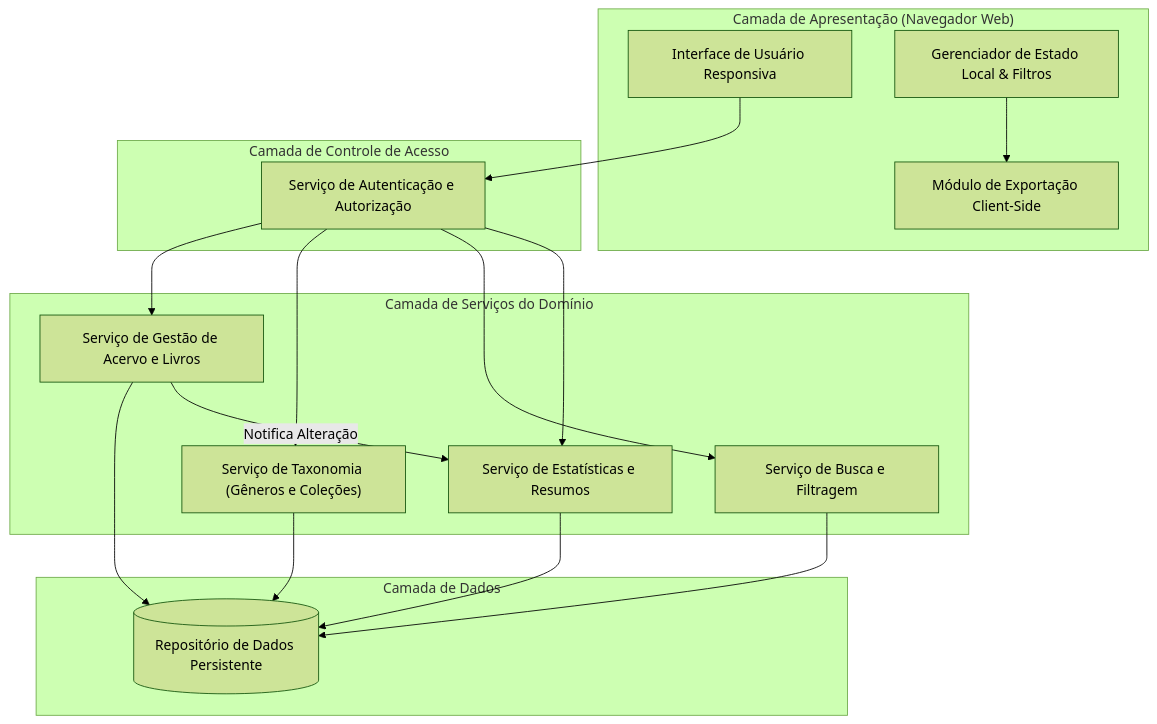
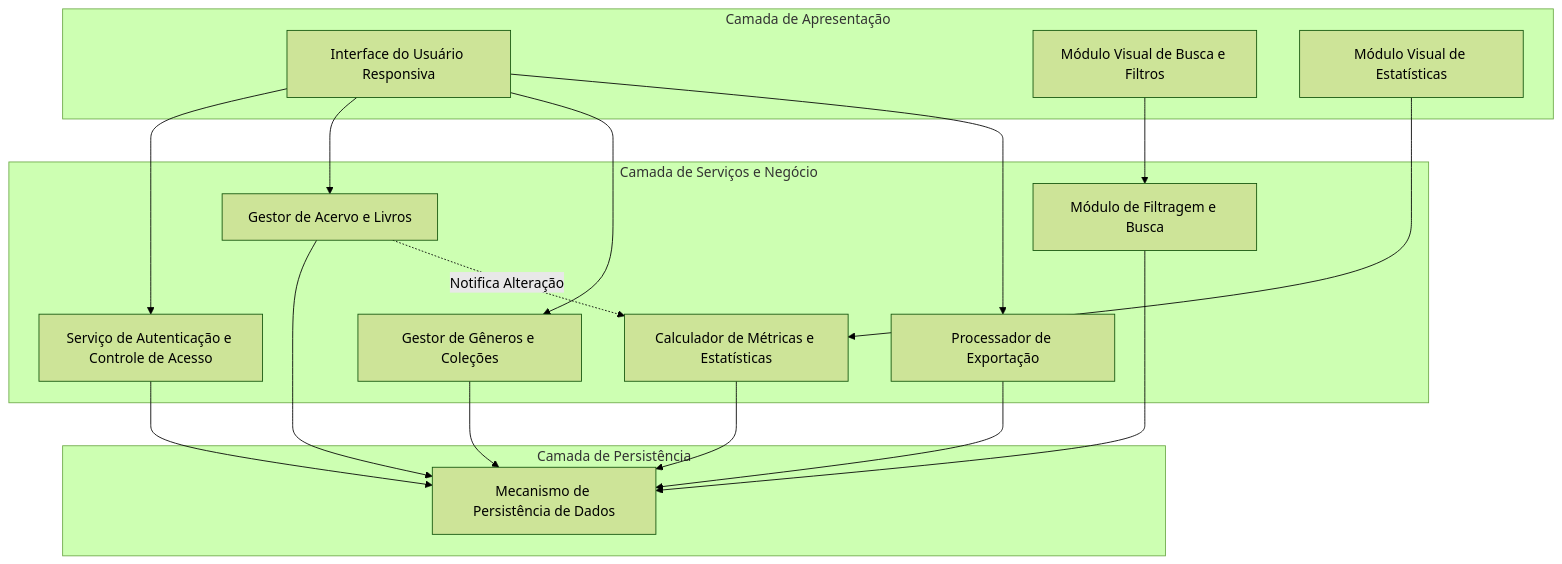
The first of 3 diagrams in docs/Time_2_Design/analise-qualitativa/outputs/relatorio_gemini_3_6_flash_P04.md (PDC-ESIA/AI4ES), drawn with Mermaid (forest theme) before and after one commit. The commit also changed other lines of this file and 107 other files, not shown here.

````diff
--- a/docs/Time_2_Design/analise-qualitativa/outputs/relatorio_gemini_3_6_flash_P04.md
+++ b/docs/Time_2_Design/analise-qualitativa/outputs/relatorio_gemini_3_6_flash_P04.md
@@ -26,37 +25,37 @@
 ```mermaid
 graph TD
-    subgraph Cliente ["Camada de Apresentação (Navegador Web)"]
-        UI["Interface de Usuário Responsiva"]
-        StateMgr["Gerenciador de Estado Local & Filtros"]
-        ExportEngine["Módulo de Exportação Client-Side"]
+    subgraph Camada_Apresentacao [Camada de Apresentação]
+        UI[Interface do Usuário Responsiva]
+        FilterView[Módulo Visual de Busca e Filtros]
+        StatsView[Módulo Visual de Estatísticas]
     end
 
-    subgraph Fronteira ["Camada de Controle de Acesso"]
-        AuthGuard["Serviço de Autenticação e Autorização"]
+    subgraph Camada_Negocio [Camada de Serviços e Negócio]
+        AuthService[Serviço de Autenticação e Controle de Acesso]
+        CatalogService[Gestor de Acervo e Livros]
+        TaxonomyService[Gestor de Gêneros e Coleções]
+        SearchService[Módulo de Filtragem e Busca]
+        StatsService[Calculador de Métricas e Estatísticas]
+        ExportService[Processador de Exportação]
     end
 
-    subgraph Dominio ["Camada de Serviços do Domínio"]
-        CatalogSvc["Serviço de Gestão de Acervo e Livros"]
-        TaxonomySvc["Serviço de Taxonomia (Gêneros e Coleções)"]
-        SearchFilterSvc["Serviço de Busca e Filtragem"]
-        StatsSvc["Serviço de Estatísticas e Resumos"]
+    subgraph Camada_Dados [Camada de Persistência]
+        Persistence[Mecanismo de Persistência de Dados]
     end
 
-    subgraph Persistencia ["Camada de Dados"]
-        DataStore[("Repositório de Dados Persistente")]
-    end
+    UI --> AuthService
+    UI --> CatalogService
+    UI --> TaxonomyService
+    FilterView --> SearchService
+    StatsView --> StatsService
+    UI --> ExportService
 
-    UI --> AuthGuard
-    AuthGuard --> CatalogSvc
-    AuthGuard --> TaxonomySvc
-    AuthGuard --> SearchFilterSvc
-    AuthGuard --> StatsSvc
+    CatalogService --> Persistence
+    TaxonomyService --> Persistence
+    SearchService --> Persistence
+    StatsService --> Persistence
+    ExportService --> Persistence
+    AuthService --> Persistence
 
-    CatalogSvc --> DataStore
-    TaxonomySvc --> DataStore
-    SearchFilterSvc --> DataStore
-    StatsSvc --> DataStore
-
-    CatalogSvc -- "Notifica Alteração" --> StatsSvc
-    StateMgr --> ExportEngine
+    CatalogService -. Notifica Alteração .-> StatsService
 ```
````
